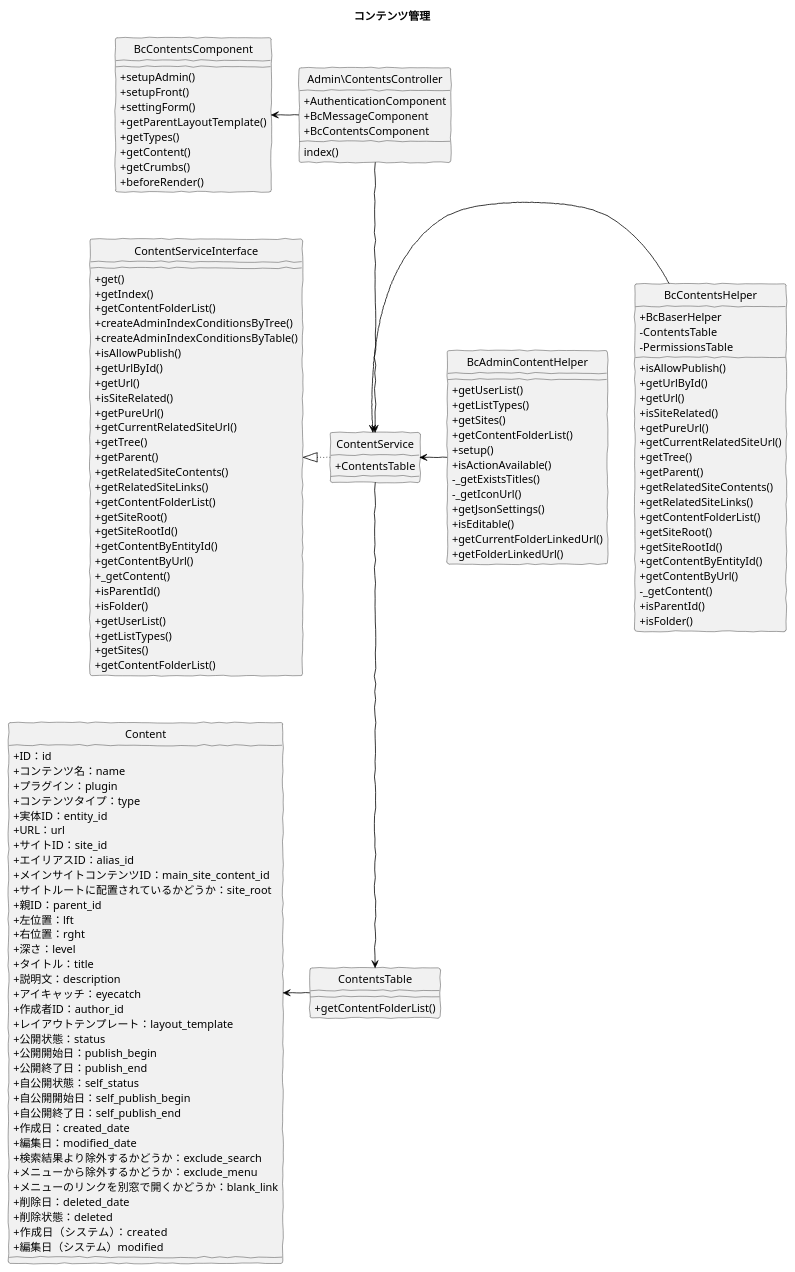
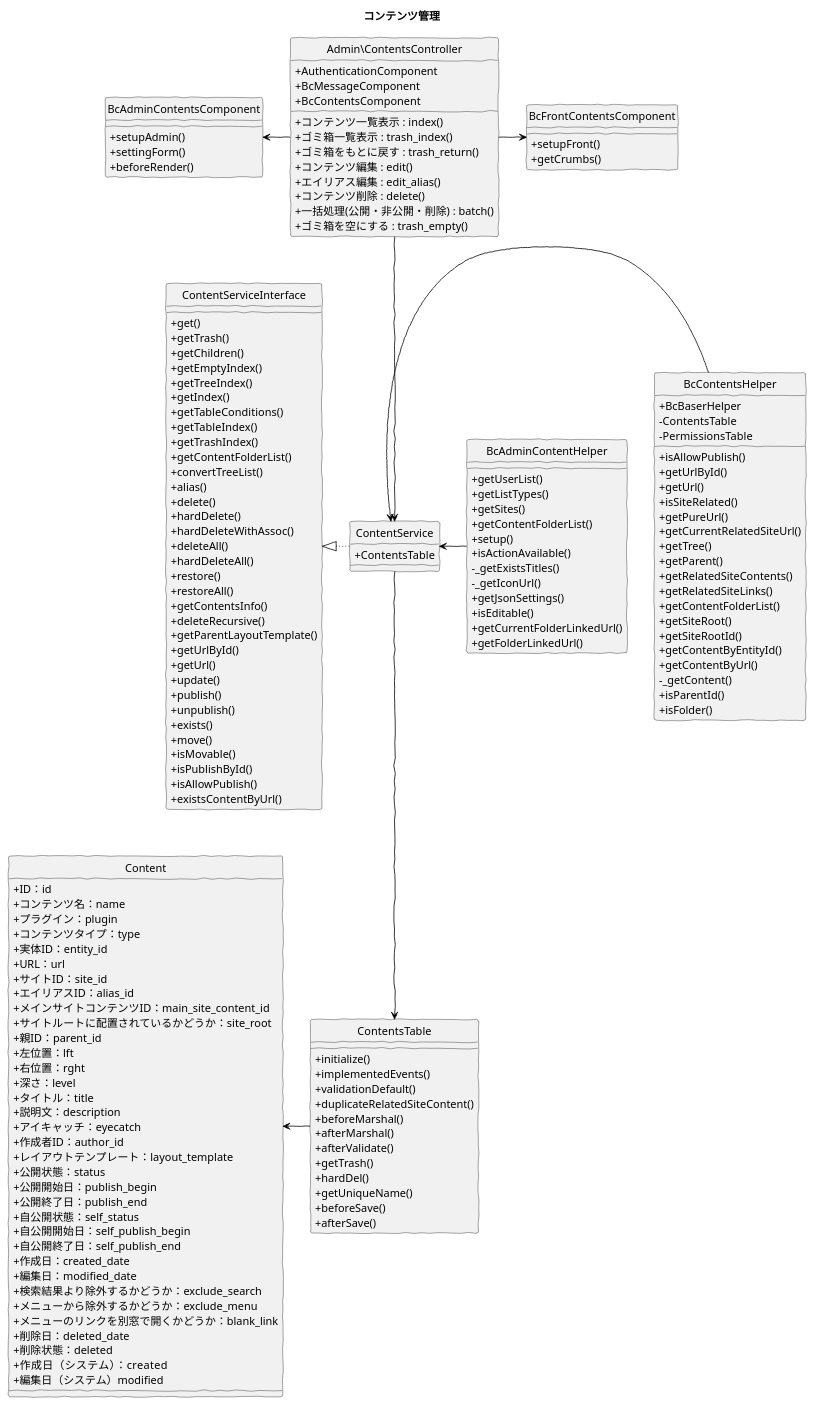
The diagram in src/puml/5/ucmitz/class/manage_contents.puml (baserproject/baserproject.github.io), drawn with PlantUML before and after one commit. The commit also changed 10 other files, not shown here.

```diff
--- a/src/puml/5/ucmitz/class/manage_contents.puml
+++ b/src/puml/5/ucmitz/class/manage_contents.puml
@@ -1,150 +1,175 @@
 @startuml
 skinparam handwritten true
 hide circle
 skinparam classAttributeIconSize 0
 
 title コンテンツ管理
 
 class Admin\ContentsController {
   + AuthenticationComponent
   + BcMessageComponent
   + BcContentsComponent
-  index()
+  + コンテンツ一覧表示 : index()
+  + ゴミ箱一覧表示 : trash_index()
+  + ゴミ箱をもとに戻す : trash_return()
+  + コンテンツ編集 : edit()
+  + エイリアス編集 : edit_alias()
+  + コンテンツ削除 : delete()
+  + 一括処理(公開・非公開・削除) : batch()
+  + ゴミ箱を空にする : trash_empty()
 }
 
-class BcContentsComponent {
+class BcAdminContentsComponent {
   + setupAdmin()
+  + settingForm()
+  + beforeRender()
+}
+
+class BcFrontContentsComponent {
   + setupFront()
-  + settingForm()
-  + getParentLayoutTemplate()
-  + getTypes()
-  + getContent()
   + getCrumbs()
-  + beforeRender()
 }
 
 class BcAdminContentHelper {
   + getUserList()
   + getListTypes()
   + getSites()
   + getContentFolderList()
   + setup()
   + isActionAvailable()
   - _getExistsTitles()
   - _getIconUrl()
   + getJsonSettings()
   + isEditable()
   + getCurrentFolderLinkedUrl()
   + getFolderLinkedUrl()
 }
 
 class BcContentsHelper {
   + BcBaserHelper
   - ContentsTable
   - PermissionsTable
   + isAllowPublish()
   + getUrlById()
   + getUrl()
   + isSiteRelated()
   + getPureUrl()
   + getCurrentRelatedSiteUrl()
   + getTree()
   + getParent()
   + getRelatedSiteContents()
   + getRelatedSiteLinks()
   + getContentFolderList()
   + getSiteRoot()
   + getSiteRootId()
   + getContentByEntityId()
   + getContentByUrl()
   - _getContent()
   + isParentId()
   + isFolder()
 }
 
 class ContentService {
   + ContentsTable
 }
 
 class ContentsTable {
-  + getContentFolderList()
+  + initialize()
+  + implementedEvents()
+  + validationDefault()
+  + duplicateRelatedSiteContent()
+  + beforeMarshal()
+  + afterMarshal()
+  + afterValidate()
+  + getTrash()
+  + hardDel()
+  + getUniqueName()
+  + beforeSave()
+  + afterSave()
 }
 
 class Content {
   + ID：id
   + コンテンツ名：name
   + プラグイン：plugin
   + コンテンツタイプ：type
   + 実体ID：entity_id
   + URL：url
   + サイトID：site_id
   + エイリアスID：alias_id
   + メインサイトコンテンツID：main_site_content_id
 	+ サイトルートに配置されているかどうか：site_root
   + 親ID：parent_id
   + 左位置：lft
   + 右位置：rght
   + 深さ：level
   + タイトル：title
   + 説明文：description
   + アイキャッチ：eyecatch
   + 作成者ID：author_id
   + レイアウトテンプレート：layout_template
   + 公開状態：status
   + 公開開始日：publish_begin
   + 公開終了日：publish_end
   + 自公開状態：self_status
   + 自公開開始日：self_publish_begin
   + 自公開終了日：self_publish_end
   + 作成日：created_date
   + 編集日：modified_date
   + 検索結果より除外するかどうか：exclude_search
   + メニューから除外するかどうか：exclude_menu
   + メニューのリンクを別窓で開くかどうか：blank_link
   + 削除日：deleted_date
   + 削除状態：deleted
   + 作成日（システム）：created
   + 編集日（システム）modified
 }
 
 class ContentServiceInterface {
   + get()
+  + getTrash()
+  + getChildren()
+  + getEmptyIndex()
+  + getTreeIndex()
   + getIndex()
+  + getTableConditions()
+  + getTableIndex()
+  + getTrashIndex()
   + getContentFolderList()
-  + createAdminIndexConditionsByTree()
-  + createAdminIndexConditionsByTable()
-  + isAllowPublish()
+  + convertTreeList()
+  + alias()
+  + delete()
+  + hardDelete()
+  + hardDeleteWithAssoc()
+  + deleteAll()
+  + hardDeleteAll()
+  + restore()
+  + restoreAll()
+  + getContentsInfo()
+  + deleteRecursive()
+  + getParentLayoutTemplate()
   + getUrlById()
   + getUrl()
-  + isSiteRelated()
-  + getPureUrl()
-  + getCurrentRelatedSiteUrl()
-  + getTree()
-  + getParent()
-  + getRelatedSiteContents()
-  + getRelatedSiteLinks()
-  + getContentFolderList()
-  + getSiteRoot()
-  + getSiteRootId()
-  + getContentByEntityId()
-  + getContentByUrl()
-  + _getContent()
-  + isParentId()
-  + isFolder()
-  + getUserList()
-  + getListTypes()
-  + getSites()
-  + getContentFolderList()
+  + update()
+  + publish()
+  + unpublish()
+  + exists()
+  + move()
+  + isMovable()
+  + isPublishById()
+  + isAllowPublish()
+  + existsContentByUrl()
 }
 
-Admin\ContentsController -left[#Black]-> BcContentsComponent
+Admin\ContentsController -left[#Black]-> BcAdminContentsComponent
+Admin\ContentsController -right[#Black]-> BcFrontContentsComponent
 Admin\ContentsController -down[#Black]-> ContentService
 
 BcContentsHelper -left[#Black]-> ContentService
 BcAdminContentHelper -left[#Black]-> ContentService
 
 ContentService -left[dotted,#Black]-|> ContentServiceInterface
 ContentService -down[#Black]-> ContentsTable
 ContentsTable -left[#Black]-> Content
 
 @enduml
```
